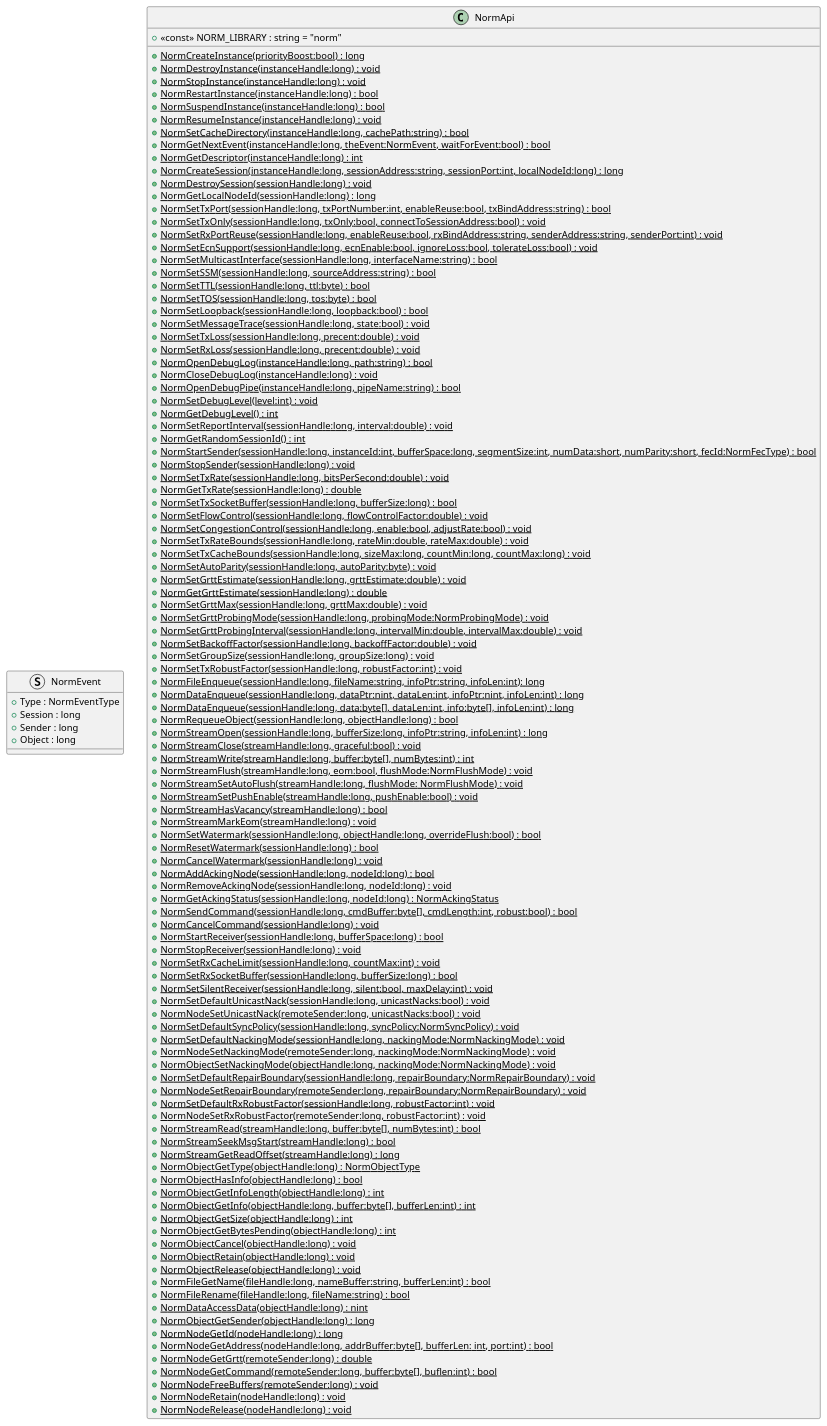
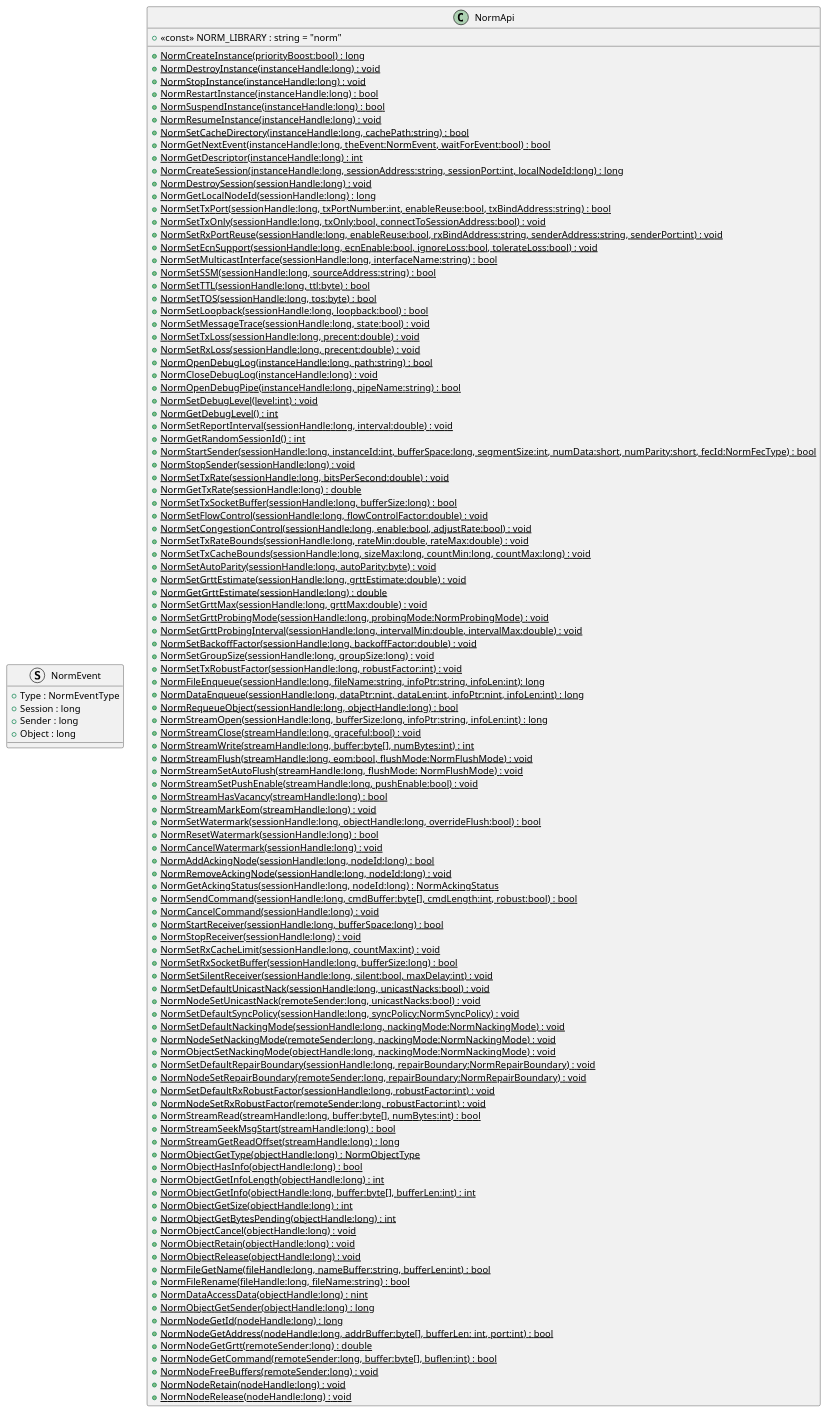
The diagram in src/dotnet/design/Mil/Navy/Nrl/Norm/NormApi.puml (USNavalResearchLaboratory/norm), drawn with PlantUML before and after one commit. The commit also changed 3 other files, not shown here.

First line of the commit message:
DataEnqueue Refactor (#33)

```diff
--- a/src/dotnet/design/Mil/Navy/Nrl/Norm/NormApi.puml
+++ b/src/dotnet/design/Mil/Navy/Nrl/Norm/NormApi.puml
@@ -1,120 +1,119 @@
 @startuml 
 struct NormEvent 
 {
     + Type : NormEventType
     + Session : long
     + Sender : long
     + Object : long
 }
 class NormApi
 {
     + <<const>> NORM_LIBRARY : string = "norm"
     + {static} NormCreateInstance(priorityBoost:bool) : long
     + {static} NormDestroyInstance(instanceHandle:long) : void
     + {static} NormStopInstance(instanceHandle:long) : void
     + {static} NormRestartInstance(instanceHandle:long) : bool
     + {static} NormSuspendInstance(instanceHandle:long) : bool
     + {static} NormResumeInstance(instanceHandle:long) : void
     + {static} NormSetCacheDirectory(instanceHandle:long, cachePath:string) : bool
     + {static} NormGetNextEvent(instanceHandle:long, theEvent:NormEvent, waitForEvent:bool) : bool 
     + {static} NormGetDescriptor(instanceHandle:long) : int 
     + {static} NormCreateSession(instanceHandle:long, sessionAddress:string, sessionPort:int, localNodeId:long) : long 
     + {static} NormDestroySession(sessionHandle:long) : void 
     + {static} NormGetLocalNodeId(sessionHandle:long) : long
     + {static} NormSetTxPort(sessionHandle:long, txPortNumber:int, enableReuse:bool, txBindAddress:string) : bool 
     + {static} NormSetTxOnly(sessionHandle:long, txOnly:bool, connectToSessionAddress:bool) : void 
     + {static} NormSetRxPortReuse(sessionHandle:long, enableReuse:bool, rxBindAddress:string, senderAddress:string, senderPort:int) : void 
     + {static} NormSetEcnSupport(sessionHandle:long, ecnEnable:bool, ignoreLoss:bool, tolerateLoss:bool) : void 
     + {static} NormSetMulticastInterface(sessionHandle:long, interfaceName:string) : bool 
     + {static} NormSetSSM(sessionHandle:long, sourceAddress:string) : bool 
     + {static} NormSetTTL(sessionHandle:long, ttl:byte) : bool 
     + {static} NormSetTOS(sessionHandle:long, tos:byte) : bool 
     + {static} NormSetLoopback(sessionHandle:long, loopback:bool) : bool
     + {static} NormSetMessageTrace(sessionHandle:long, state:bool) : void
     + {static} NormSetTxLoss(sessionHandle:long, precent:double) : void
     + {static} NormSetRxLoss(sessionHandle:long, precent:double) : void
     + {static} NormOpenDebugLog(instanceHandle:long, path:string) : bool 
     + {static} NormCloseDebugLog(instanceHandle:long) : void
     + {static} NormOpenDebugPipe(instanceHandle:long, pipeName:string) : bool 
     + {static} NormSetDebugLevel(level:int) : void 
     + {static} NormGetDebugLevel() : int
     + {static} NormSetReportInterval(sessionHandle:long, interval:double) : void
     + {static} NormGetRandomSessionId() : int 
     + {static} NormStartSender(sessionHandle:long, instanceId:int, bufferSpace:long, segmentSize:int, numData:short, numParity:short, fecId:NormFecType) : bool 
     + {static} NormStopSender(sessionHandle:long) : void
     + {static} NormSetTxRate(sessionHandle:long, bitsPerSecond:double) : void
     + {static} NormGetTxRate(sessionHandle:long) : double
     + {static} NormSetTxSocketBuffer(sessionHandle:long, bufferSize:long) : bool 
     + {static} NormSetFlowControl(sessionHandle:long, flowControlFactor:double) : void
     + {static} NormSetCongestionControl(sessionHandle:long, enable:bool, adjustRate:bool) : void 
     + {static} NormSetTxRateBounds(sessionHandle:long, rateMin:double, rateMax:double) : void
     + {static} NormSetTxCacheBounds(sessionHandle:long, sizeMax:long, countMin:long, countMax:long) : void 
     + {static} NormSetAutoParity(sessionHandle:long, autoParity:byte) : void 
     + {static} NormSetGrttEstimate(sessionHandle:long, grttEstimate:double) : void
     + {static} NormGetGrttEstimate(sessionHandle:long) : double
     + {static} NormSetGrttMax(sessionHandle:long, grttMax:double) : void
     + {static} NormSetGrttProbingMode(sessionHandle:long, probingMode:NormProbingMode) : void 
     + {static} NormSetGrttProbingInterval(sessionHandle:long, intervalMin:double, intervalMax:double) : void
     + {static} NormSetBackoffFactor(sessionHandle:long, backoffFactor:double) : void
     + {static} NormSetGroupSize(sessionHandle:long, groupSize:long) : void 
     + {static} NormSetTxRobustFactor(sessionHandle:long, robustFactor:int) : void
     + {static} NormFileEnqueue(sessionHandle:long, fileName:string, infoPtr:string, infoLen:int): long 
     + {static} NormDataEnqueue(sessionHandle:long, dataPtr:nint, dataLen:int, infoPtr:nint, infoLen:int) : long 
-    + {static} NormDataEnqueue(sessionHandle:long, data:byte[], dataLen:int, info:byte[], infoLen:int) : long 
     + {static} NormRequeueObject(sessionHandle:long, objectHandle:long) : bool
     + {static} NormStreamOpen(sessionHandle:long, bufferSize:long, infoPtr:string, infoLen:int) : long 
     + {static} NormStreamClose(streamHandle:long, graceful:bool) : void 
     + {static} NormStreamWrite(streamHandle:long, buffer:byte[], numBytes:int) : int
     + {static} NormStreamFlush(streamHandle:long, eom:bool, flushMode:NormFlushMode) : void 
     + {static} NormStreamSetAutoFlush(streamHandle:long, flushMode: NormFlushMode) : void
     + {static} NormStreamSetPushEnable(streamHandle:long, pushEnable:bool) : void
     + {static} NormStreamHasVacancy(streamHandle:long) : bool
     + {static} NormStreamMarkEom(streamHandle:long) : void
     + {static} NormSetWatermark(sessionHandle:long, objectHandle:long, overrideFlush:bool) : bool
     + {static} NormResetWatermark(sessionHandle:long) : bool
     + {static} NormCancelWatermark(sessionHandle:long) : void
     + {static} NormAddAckingNode(sessionHandle:long, nodeId:long) : bool
     + {static} NormRemoveAckingNode(sessionHandle:long, nodeId:long) : void
     + {static} NormGetAckingStatus(sessionHandle:long, nodeId:long) : NormAckingStatus
     + {static} NormSendCommand(sessionHandle:long, cmdBuffer:byte[], cmdLength:int, robust:bool) : bool
     + {static} NormCancelCommand(sessionHandle:long) : void
     + {static} NormStartReceiver(sessionHandle:long, bufferSpace:long) : bool
     + {static} NormStopReceiver(sessionHandle:long) : void
     + {static} NormSetRxCacheLimit(sessionHandle:long, countMax:int) : void
     + {static} NormSetRxSocketBuffer(sessionHandle:long, bufferSize:long) : bool
     + {static} NormSetSilentReceiver(sessionHandle:long, silent:bool, maxDelay:int) : void
     + {static} NormSetDefaultUnicastNack(sessionHandle:long, unicastNacks:bool) : void
     + {static} NormNodeSetUnicastNack(remoteSender:long, unicastNacks:bool) : void
     + {static} NormSetDefaultSyncPolicy(sessionHandle:long, syncPolicy:NormSyncPolicy) : void
     + {static} NormSetDefaultNackingMode(sessionHandle:long, nackingMode:NormNackingMode) : void
     + {static} NormNodeSetNackingMode(remoteSender:long, nackingMode:NormNackingMode) : void
     + {static} NormObjectSetNackingMode(objectHandle:long, nackingMode:NormNackingMode) : void
     + {static} NormSetDefaultRepairBoundary(sessionHandle:long, repairBoundary:NormRepairBoundary) : void
     + {static} NormNodeSetRepairBoundary(remoteSender:long, repairBoundary:NormRepairBoundary) : void
     + {static} NormSetDefaultRxRobustFactor(sessionHandle:long, robustFactor:int) : void
     + {static} NormNodeSetRxRobustFactor(remoteSender:long, robustFactor:int) : void
     + {static} NormStreamRead(streamHandle:long, buffer:byte[], numBytes:int) : bool
     + {static} NormStreamSeekMsgStart(streamHandle:long) : bool
     + {static} NormStreamGetReadOffset(streamHandle:long) : long
     + {static} NormObjectGetType(objectHandle:long) : NormObjectType
     + {static} NormObjectHasInfo(objectHandle:long) : bool
     + {static} NormObjectGetInfoLength(objectHandle:long) : int
     + {static} NormObjectGetInfo(objectHandle:long, buffer:byte[], bufferLen:int) : int
     + {static} NormObjectGetSize(objectHandle:long) : int
     + {static} NormObjectGetBytesPending(objectHandle:long) : int
     + {static} NormObjectCancel(objectHandle:long) : void
     + {static} NormObjectRetain(objectHandle:long) : void
     + {static} NormObjectRelease(objectHandle:long) : void
     + {static} NormFileGetName(fileHandle:long, nameBuffer:string, bufferLen:int) : bool
     + {static} NormFileRename(fileHandle:long, fileName:string) : bool
     + {static} NormDataAccessData(objectHandle:long) : nint
     + {static} NormObjectGetSender(objectHandle:long) : long
     + {static} NormNodeGetId(nodeHandle:long) : long
     + {static} NormNodeGetAddress(nodeHandle:long, addrBuffer:byte[], bufferLen: int, port:int) : bool
     + {static} NormNodeGetGrtt(remoteSender:long) : double
     + {static} NormNodeGetCommand(remoteSender:long, buffer:byte[], buflen:int) : bool
     + {static} NormNodeFreeBuffers(remoteSender:long) : void
     + {static} NormNodeRetain(nodeHandle:long) : void
     + {static} NormNodeRelease(nodeHandle:long) : void
 }
 @enduml
```
